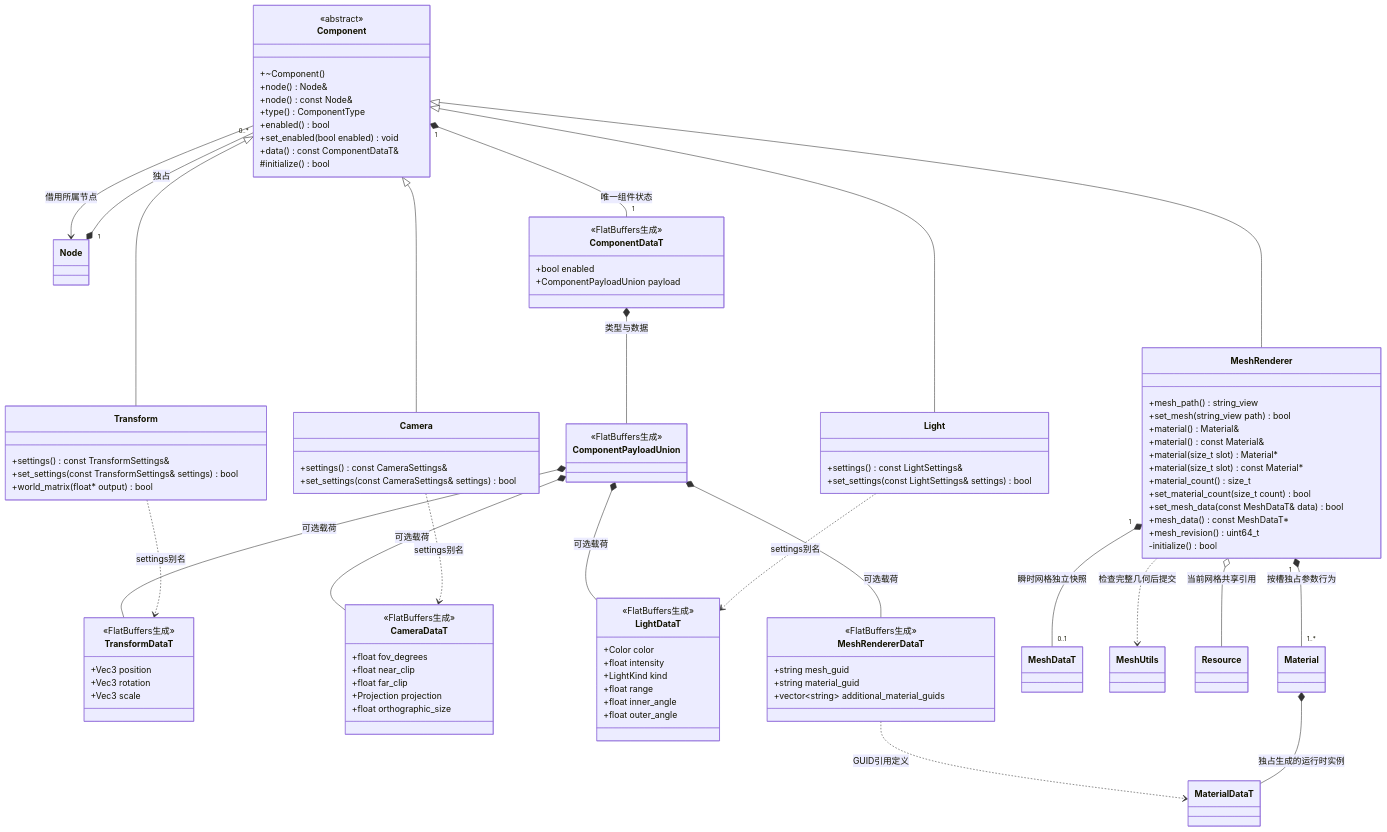
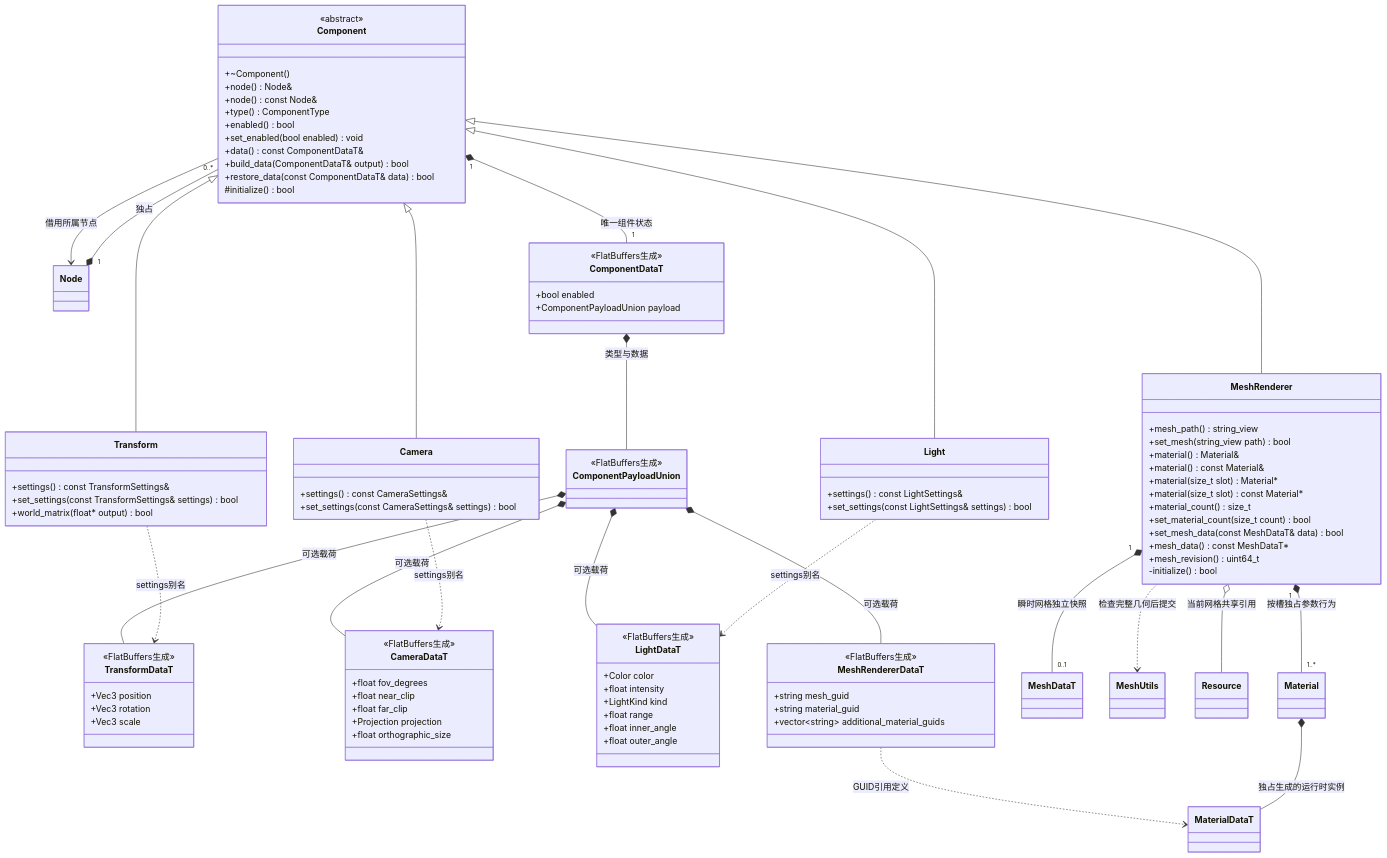
The diagram in docs/runtime/class-diagrams/component.md (lcals/Engine), drawn with Mermaid before and after one commit. The commit also changed other lines of this file and 188 other files, not shown here.

```diff
--- a/docs/runtime/class-diagrams/component.md
+++ b/docs/runtime/class-diagrams/component.md
@@ -13,6 +13,8 @@
         +enabled() bool
         +set_enabled(bool enabled) void
         +data() const ComponentDataT&
+        +build_data(ComponentDataT& output) bool
+        +restore_data(const ComponentDataT& data) bool
         #initialize() bool
     }
     class Transform {
```
